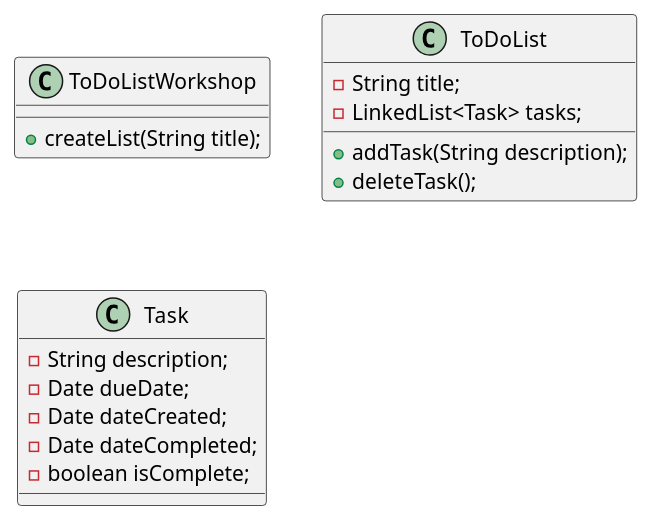
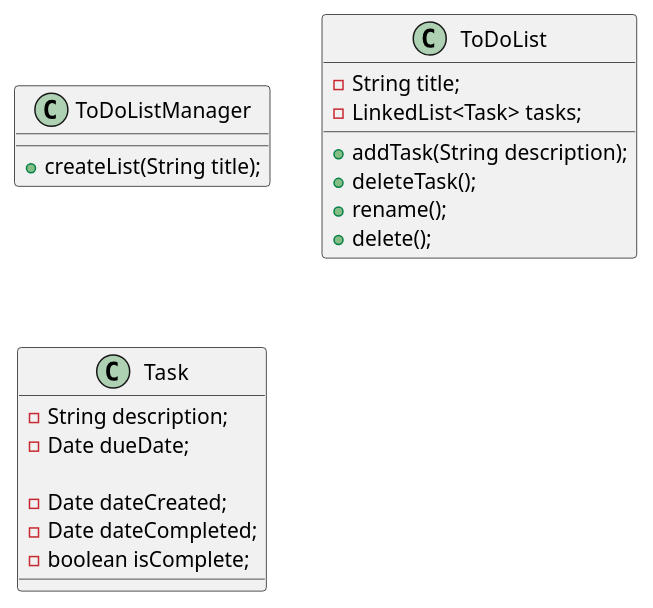
The diagram in docs/ToDoList.puml (RyanTheGuyInSpace/hodge-app1-design), drawn with PlantUML before and after one commit. The commit also changed 3 other files, not shown here.

```diff
--- a/docs/ToDoList.puml
+++ b/docs/ToDoList.puml
@@ -1,23 +1,28 @@
 @startuml
 
-class ToDoListWorkshop {
+class ToDoListManager {
     +createList(String title);
 }
 
 class ToDoList {
     -String title;
     -LinkedList<Task> tasks;
 
     +addTask(String description);
     +deleteTask();
+    +rename();
+    +delete();
+
 }
 
 class Task {
     -String description;
     -Date dueDate;
+    'Format due date as YYYY-MM-DD'
+
     -Date dateCreated;
     -Date dateCompleted;
     -boolean isComplete;
 }
 
 @enduml
```
